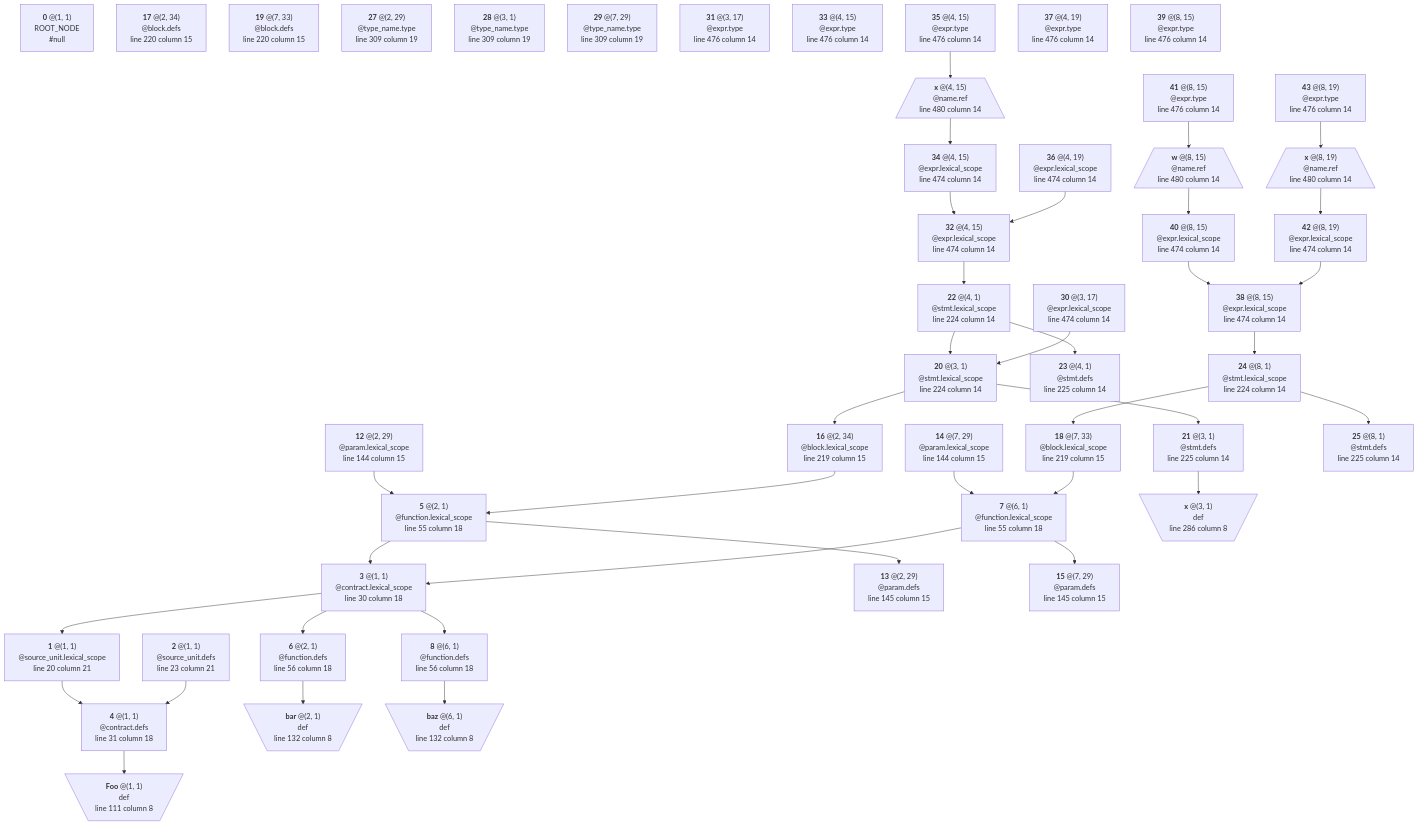
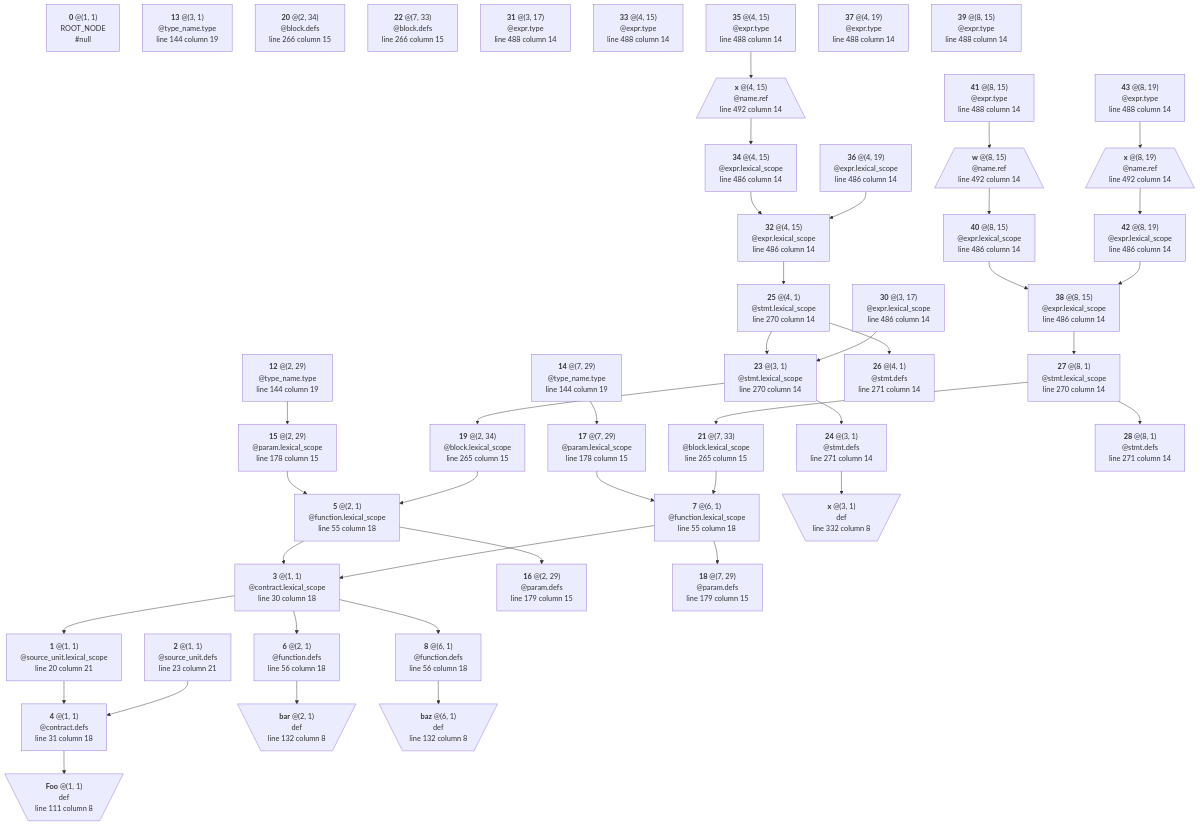
One commit to manastech/slang changed the diagram in crates/solidity/testing/snapshots/bindings_output/lexical/generated/local_vars.sol-0.5.0.mmd. Above: the diagram before and after it, drawn with Mermaid. The commit also changed 16 other files, not shown here.

```diff
--- a/crates/solidity/testing/snapshots/bindings_output/lexical/generated/local_vars.sol-0.5.0.mmd
+++ b/crates/solidity/testing/snapshots/bindings_output/lexical/generated/local_vars.sol-0.5.0.mmd
@@ -1,178 +1,180 @@
 graph TD
 	N0["`**0** @(1, 1)
 ROOT_NODE
 #null`"]
 	N1["`**1** @(1, 1)
 @source_unit.lexical_scope
 line 20 column 21`"]
 	N1 --> N4
 	N2["`**2** @(1, 1)
 @source_unit.defs
 line 23 column 21`"]
 	N2 --> N4
 	N3["`**3** @(1, 1)
 @contract.lexical_scope
 line 30 column 18`"]
 	N3 --> N1
 	N3 --> N6
 	N3 --> N8
 	N4["`**4** @(1, 1)
 @contract.defs
 line 31 column 18`"]
 	N4 --> N9
 	N5["`**5** @(2, 1)
 @function.lexical_scope
 line 55 column 18`"]
 	N5 --> N3
-	N5 --> N13
+	N5 --> N16
 	N6["`**6** @(2, 1)
 @function.defs
 line 56 column 18`"]
 	N6 --> N10
 	N7["`**7** @(6, 1)
 @function.lexical_scope
 line 55 column 18`"]
 	N7 --> N3
-	N7 --> N15
+	N7 --> N18
 	N8["`**8** @(6, 1)
 @function.defs
 line 56 column 18`"]
 	N8 --> N11
 	N9[\"`**Foo** @(1, 1)
 def
 line 111 column 8`"/]
 	N10[\"`**bar** @(2, 1)
 def
 line 132 column 8`"/]
 	N11[\"`**baz** @(6, 1)
 def
 line 132 column 8`"/]
 	N12["`**12** @(2, 29)
+@type_name.type
+line 144 column 19`"]
+	N12 --> N15
+	N13["`**13** @(3, 1)
+@type_name.type
+line 144 column 19`"]
+	N14["`**14** @(7, 29)
+@type_name.type
+line 144 column 19`"]
+	N14 --> N17
+	N15["`**15** @(2, 29)
 @param.lexical_scope
-line 144 column 15`"]
-	N12 --> N5
-	N13["`**13** @(2, 29)
+line 178 column 15`"]
+	N15 --> N5
+	N16["`**16** @(2, 29)
 @param.defs
-line 145 column 15`"]
-	N14["`**14** @(7, 29)
+line 179 column 15`"]
+	N17["`**17** @(7, 29)
 @param.lexical_scope
-line 144 column 15`"]
-	N14 --> N7
-	N15["`**15** @(7, 29)
+line 178 column 15`"]
+	N17 --> N7
+	N18["`**18** @(7, 29)
 @param.defs
-line 145 column 15`"]
-	N16["`**16** @(2, 34)
+line 179 column 15`"]
+	N19["`**19** @(2, 34)
 @block.lexical_scope
-line 219 column 15`"]
-	N16 --> N5
-	N17["`**17** @(2, 34)
+line 265 column 15`"]
+	N19 --> N5
+	N20["`**20** @(2, 34)
 @block.defs
-line 220 column 15`"]
-	N18["`**18** @(7, 33)
+line 266 column 15`"]
+	N21["`**21** @(7, 33)
 @block.lexical_scope
-line 219 column 15`"]
-	N18 --> N7
-	N19["`**19** @(7, 33)
+line 265 column 15`"]
+	N21 --> N7
+	N22["`**22** @(7, 33)
 @block.defs
-line 220 column 15`"]
-	N20["`**20** @(3, 1)
+line 266 column 15`"]
+	N23["`**23** @(3, 1)
 @stmt.lexical_scope
-line 224 column 14`"]
-	N20 --> N16
-	N20 --> N21
-	N21["`**21** @(3, 1)
+line 270 column 14`"]
+	N23 --> N19
+	N23 --> N24
+	N24["`**24** @(3, 1)
 @stmt.defs
-line 225 column 14`"]
-	N21 --> N26
-	N22["`**22** @(4, 1)
+line 271 column 14`"]
+	N24 --> N29
+	N25["`**25** @(4, 1)
 @stmt.lexical_scope
-line 224 column 14`"]
-	N22 --> N20
-	N22 --> N23
-	N23["`**23** @(4, 1)
+line 270 column 14`"]
+	N25 --> N23
+	N25 --> N26
+	N26["`**26** @(4, 1)
 @stmt.defs
-line 225 column 14`"]
-	N24["`**24** @(8, 1)
+line 271 column 14`"]
+	N27["`**27** @(8, 1)
 @stmt.lexical_scope
-line 224 column 14`"]
-	N24 --> N18
-	N24 --> N25
-	N25["`**25** @(8, 1)
+line 270 column 14`"]
+	N27 --> N21
+	N27 --> N28
+	N28["`**28** @(8, 1)
 @stmt.defs
-line 225 column 14`"]
-	N26[\"`**x** @(3, 1)
+line 271 column 14`"]
+	N29[\"`**x** @(3, 1)
 def
-line 286 column 8`"/]
-	N27["`**27** @(2, 29)
-@type_name.type
-line 309 column 19`"]
-	N28["`**28** @(3, 1)
-@type_name.type
-line 309 column 19`"]
-	N29["`**29** @(7, 29)
-@type_name.type
-line 309 column 19`"]
+line 332 column 8`"/]
 	N30["`**30** @(3, 17)
 @expr.lexical_scope
-line 474 column 14`"]
-	N30 --> N20
+line 486 column 14`"]
+	N30 --> N23
 	N31["`**31** @(3, 17)
 @expr.type
-line 476 column 14`"]
+line 488 column 14`"]
 	N32["`**32** @(4, 15)
 @expr.lexical_scope
-line 474 column 14`"]
-	N32 --> N22
+line 486 column 14`"]
+	N32 --> N25
 	N33["`**33** @(4, 15)
 @expr.type
-line 476 column 14`"]
+line 488 column 14`"]
 	N34["`**34** @(4, 15)
 @expr.lexical_scope
-line 474 column 14`"]
+line 486 column 14`"]
 	N34 --> N32
 	N35["`**35** @(4, 15)
 @expr.type
-line 476 column 14`"]
+line 488 column 14`"]
 	N35 --> N44
 	N36["`**36** @(4, 19)
 @expr.lexical_scope
-line 474 column 14`"]
+line 486 column 14`"]
 	N36 --> N32
 	N37["`**37** @(4, 19)
 @expr.type
-line 476 column 14`"]
+line 488 column 14`"]
 	N38["`**38** @(8, 15)
 @expr.lexical_scope
-line 474 column 14`"]
-	N38 --> N24
+line 486 column 14`"]
+	N38 --> N27
 	N39["`**39** @(8, 15)
 @expr.type
-line 476 column 14`"]
+line 488 column 14`"]
 	N40["`**40** @(8, 15)
 @expr.lexical_scope
-line 474 column 14`"]
+line 486 column 14`"]
 	N40 --> N38
 	N41["`**41** @(8, 15)
 @expr.type
-line 476 column 14`"]
+line 488 column 14`"]
 	N41 --> N45
 	N42["`**42** @(8, 19)
 @expr.lexical_scope
-line 474 column 14`"]
+line 486 column 14`"]
 	N42 --> N38
 	N43["`**43** @(8, 19)
 @expr.type
-line 476 column 14`"]
+line 488 column 14`"]
 	N43 --> N46
 	N44[/"`**x** @(4, 15)
 @name.ref
-line 480 column 14`"\]
+line 492 column 14`"\]
 	N44 --> N34
 	N45[/"`**w** @(8, 15)
 @name.ref
-line 480 column 14`"\]
+line 492 column 14`"\]
 	N45 --> N40
 	N46[/"`**x** @(8, 19)
 @name.ref
-line 480 column 14`"\]
+line 492 column 14`"\]
 	N46 --> N42
```
